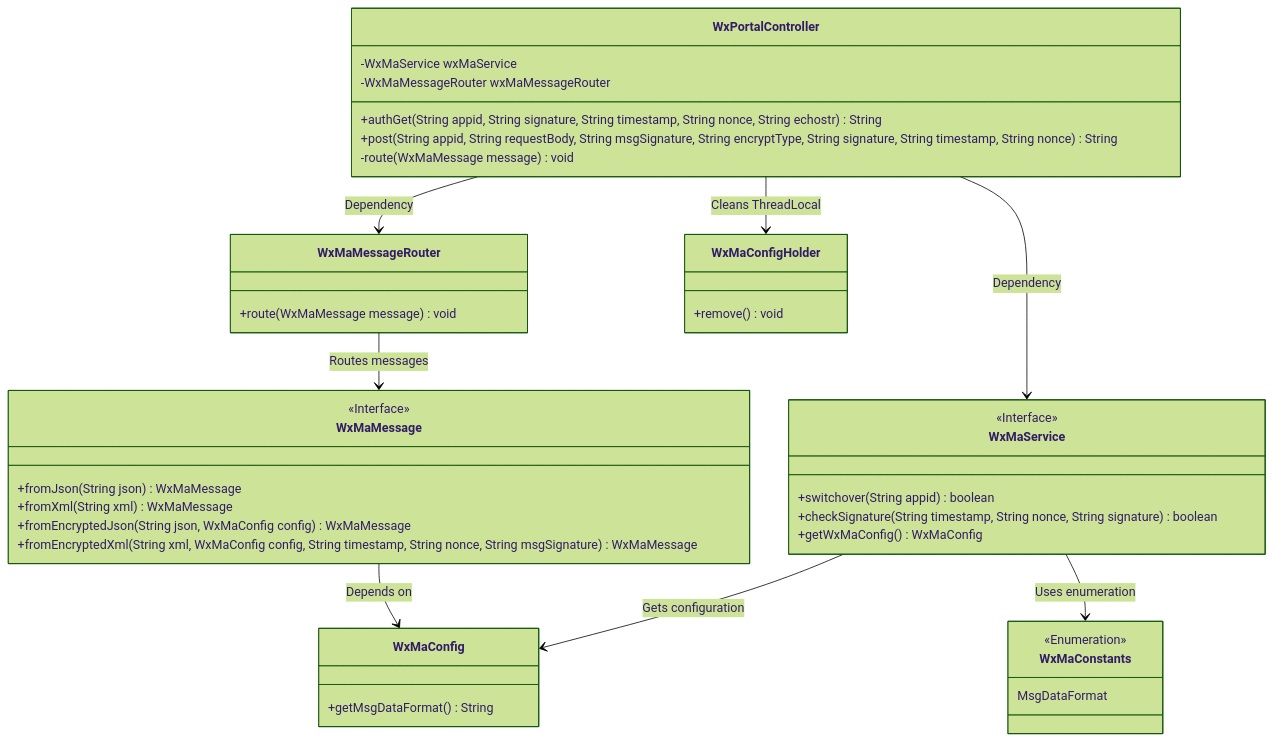
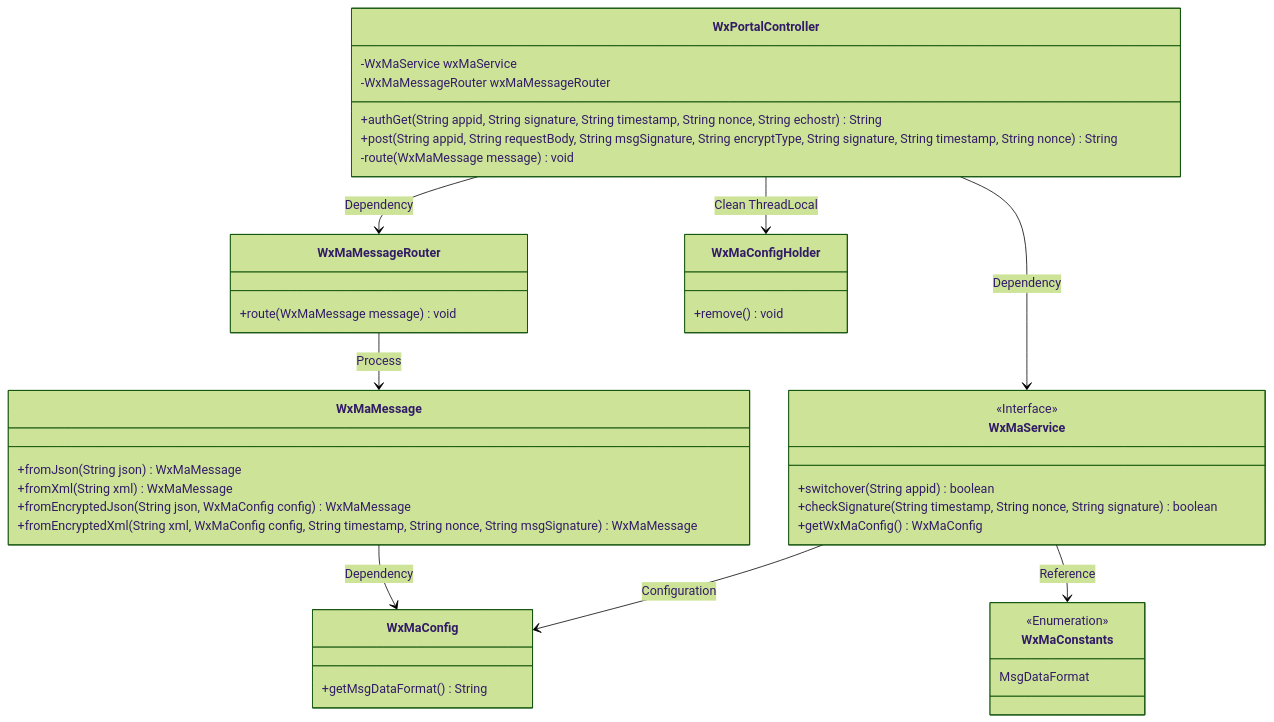
Before and after one commit to v-wjrong/binary_weixin-java-miniapp-demo: the first of 2 diagrams in docs/en/docs/src/main/java/com/github/binarywang/demo/wx/miniapp/controller/WxPortalController.md, drawn with Mermaid (forest theme). The commit also changed other lines of this file and 50 other files, not shown here.

````diff
--- a/docs/en/docs/src/main/java/com/github/binarywang/demo/wx/miniapp/controller/WxPortalController.md
+++ b/docs/en/docs/src/main/java/com/github/binarywang/demo/wx/miniapp/controller/WxPortalController.md
@@ -36,50 +36,49 @@
 ```mermaid
 classDiagram
     class WxPortalController {
         -WxMaService wxMaService
         -WxMaMessageRouter wxMaMessageRouter
         +authGet(String appid, String signature, String timestamp, String nonce, String echostr) String
         +post(String appid, String requestBody, String msgSignature, String encryptType, String signature, String timestamp, String nonce) String
         -route(WxMaMessage message) void
     }
 
     class WxMaService {
         <<Interface>>
         +switchover(String appid) boolean
         +checkSignature(String timestamp, String nonce, String signature) boolean
         +getWxMaConfig() WxMaConfig
     }
 
     class WxMaMessageRouter {
         +route(WxMaMessage message) void
     }
 
     class WxMaMessage {
-        <<Interface>>
         +fromJson(String json) WxMaMessage
         +fromXml(String xml) WxMaMessage
         +fromEncryptedJson(String json, WxMaConfig config) WxMaMessage
         +fromEncryptedXml(String xml, WxMaConfig config, String timestamp, String nonce, String msgSignature) WxMaMessage
     }
 
     class WxMaConfig {
         +getMsgDataFormat() String
     }
 
     class WxMaConstants {
         <<Enumeration>>
         MsgDataFormat
     }
 
     class WxMaConfigHolder {
         +remove() void
     }
 
     WxPortalController --> WxMaService : Dependency
     WxPortalController --> WxMaMessageRouter : Dependency
-    WxMaMessageRouter --> WxMaMessage : Routes messages
-    WxMaService --> WxMaConfig : Gets configuration
-    WxMaService --> WxMaConstants : Uses enumeration
-    WxMaMessage --> WxMaConfig : Depends on
-    WxPortalController --> WxMaConfigHolder : Cleans ThreadLocal
+    WxMaMessageRouter --> WxMaMessage : Process
+    WxMaMessage --> WxMaConfig : Dependency
+    WxMaService --> WxMaConfig : Configuration
+    WxMaService --> WxMaConstants : Reference
+    WxPortalController --> WxMaConfigHolder : Clean ThreadLocal
 ```
````
